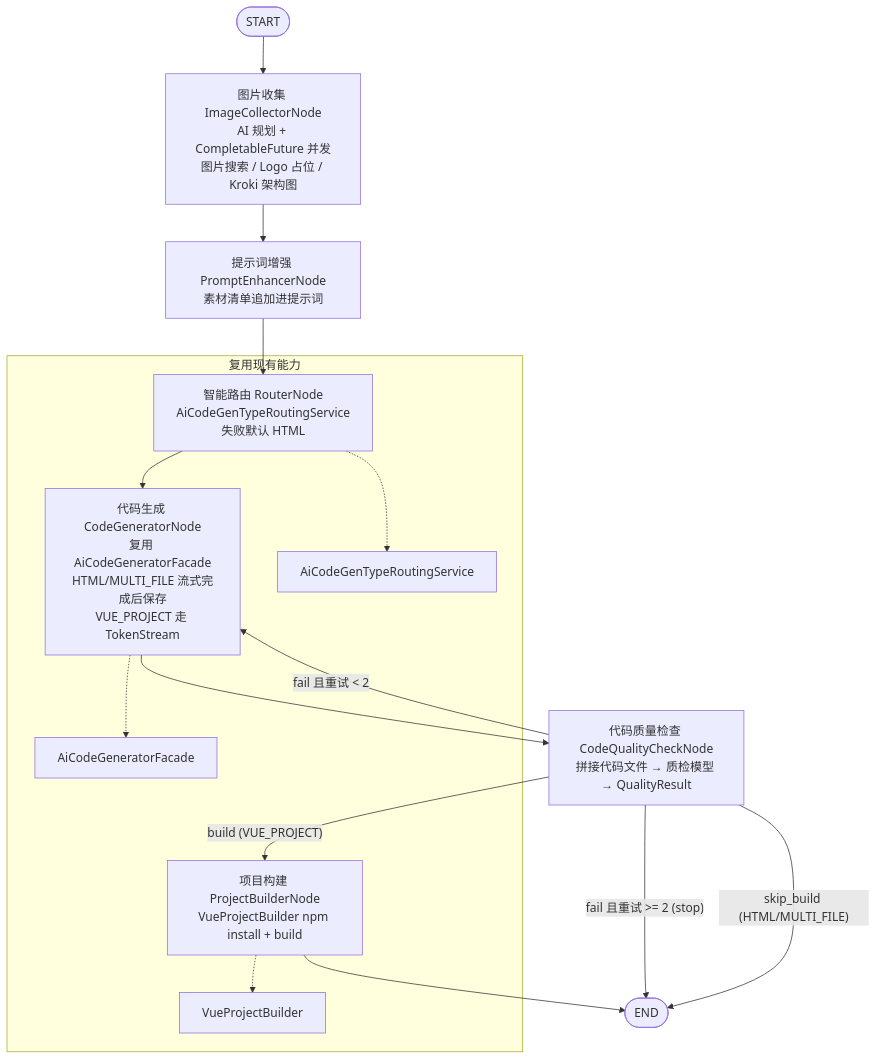
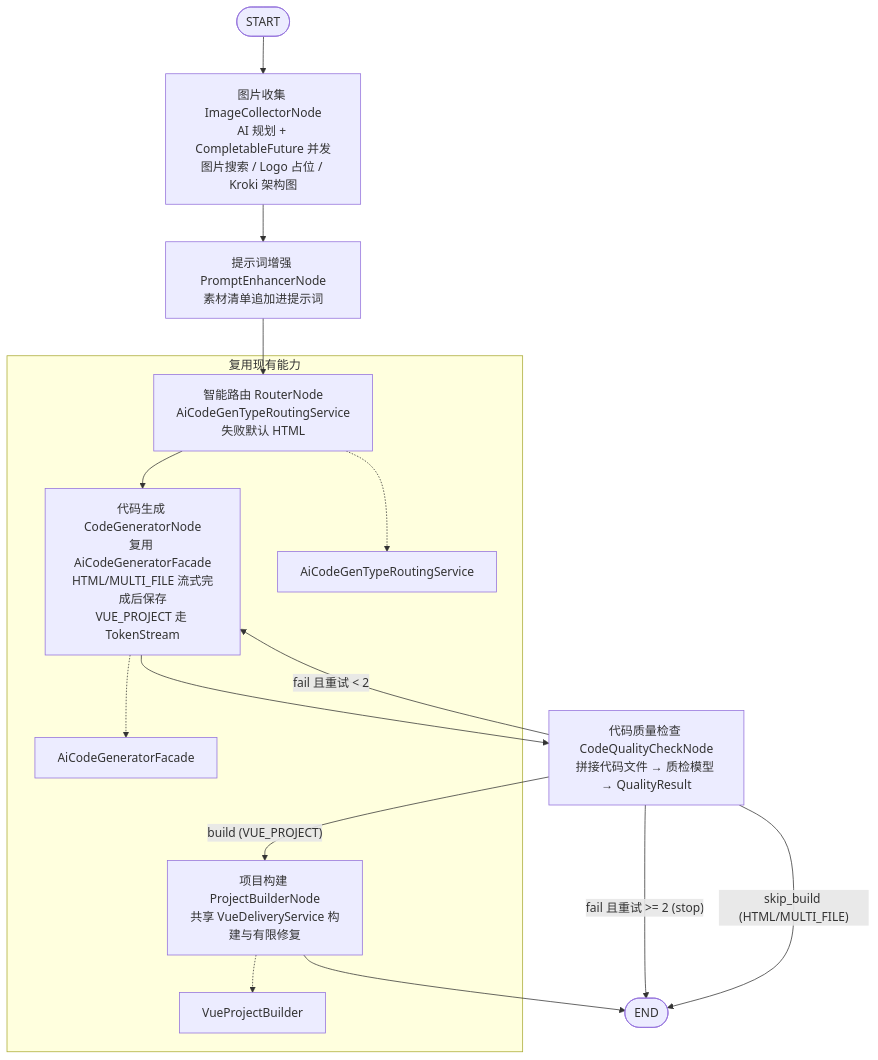
One commit to sz-xiaohuolong/ai-code-generate changed the fourth of 5 diagrams in docs/architecture-summary.md. Above: the diagram before and after it, drawn with Mermaid. The commit also changed other lines of this file and 76 other files, not shown here.

````diff
--- a/docs/architecture-summary.md
+++ b/docs/architecture-summary.md
@@ -185,19 +192,19 @@
 ```mermaid
 flowchart TD
     START([START]) --> IC["图片收集 ImageCollectorNode<br/>AI 规划 + CompletableFuture 并发<br/>图片搜索 / Logo 占位 / Kroki 架构图"]
     IC --> PE["提示词增强 PromptEnhancerNode<br/>素材清单追加进提示词"]
     PE --> RT["智能路由 RouterNode<br/>AiCodeGenTypeRoutingService<br/>失败默认 HTML"]
     RT --> CG["代码生成 CodeGeneratorNode<br/>复用 AiCodeGeneratorFacade<br/>HTML/MULTI_FILE 流式完成后保存<br/>VUE_PROJECT 走 TokenStream"]
     CG --> QC["代码质量检查 CodeQualityCheckNode<br/>拼接代码文件 → 质检模型 → QualityResult"]
     QC -->|"fail 且重试 < 2"| CG
     QC -->|"fail 且重试 >= 2 (stop)"| END([END])
-    QC -->|"build (VUE_PROJECT)"| PB["项目构建 ProjectBuilderNode<br/>VueProjectBuilder npm install + build"]
+    QC -->|"build (VUE_PROJECT)"| PB["项目构建 ProjectBuilderNode<br/>共享 VueDeliveryService 构建与有限修复"]
     QC -->|"skip_build (HTML/MULTI_FILE)"| END
     PB --> END
 
     subgraph LEGEND["复用现有能力"]
         RT -.-> ROUTESVC["AiCodeGenTypeRoutingService"]
         CG -.-> FACADE["AiCodeGeneratorFacade"]
         PB -.-> VPB["VueProjectBuilder"]
     end
 ```
````
